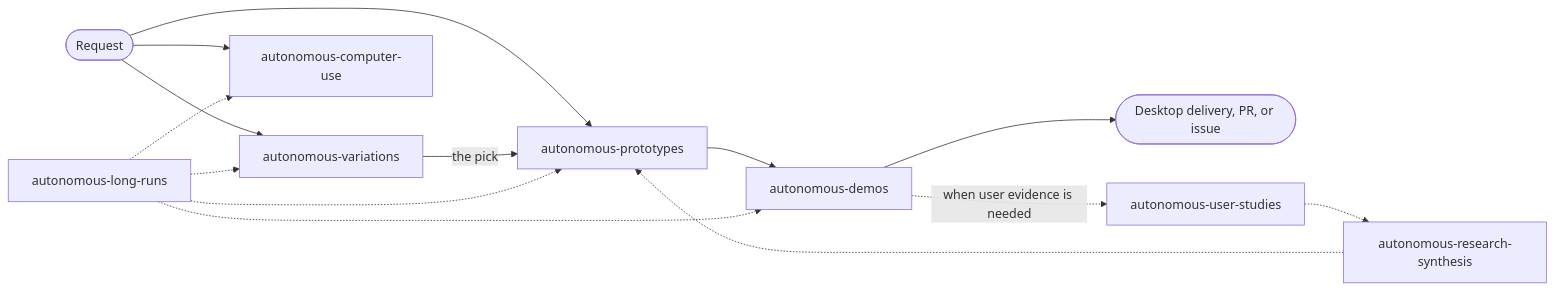
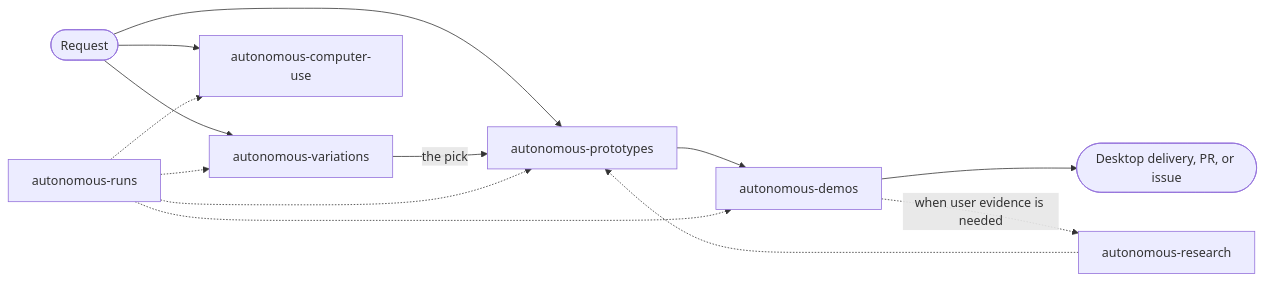
Before and after one commit to eli-w-king/autonomous-output-skills: the diagram in README.md, drawn with Mermaid. The commit also changed other lines of this file and 128 other files, not shown here.

````diff
--- a/README.md
+++ b/README.md
@@ -37,16 +33,15 @@
 ```mermaid
 flowchart LR
   Ask([Request]) --> P[autonomous-prototypes]
   Ask --> V[autonomous-variations]
   Ask --> C[autonomous-computer-use]
   V -- the pick --> P
   P --> D[autonomous-demos]
   D --> Out([Desktop delivery, PR, or issue])
-  L[autonomous-long-runs] -.-> P
+  L[autonomous-runs] -.-> P
   L -.-> V
   L -.-> D
   L -.-> C
-  D -. when user evidence is needed .-> S[autonomous-user-studies]
-  S -.-> R[autonomous-research-synthesis]
+  D -. when user evidence is needed .-> R[autonomous-research]
   R -.-> P
 ```
````
